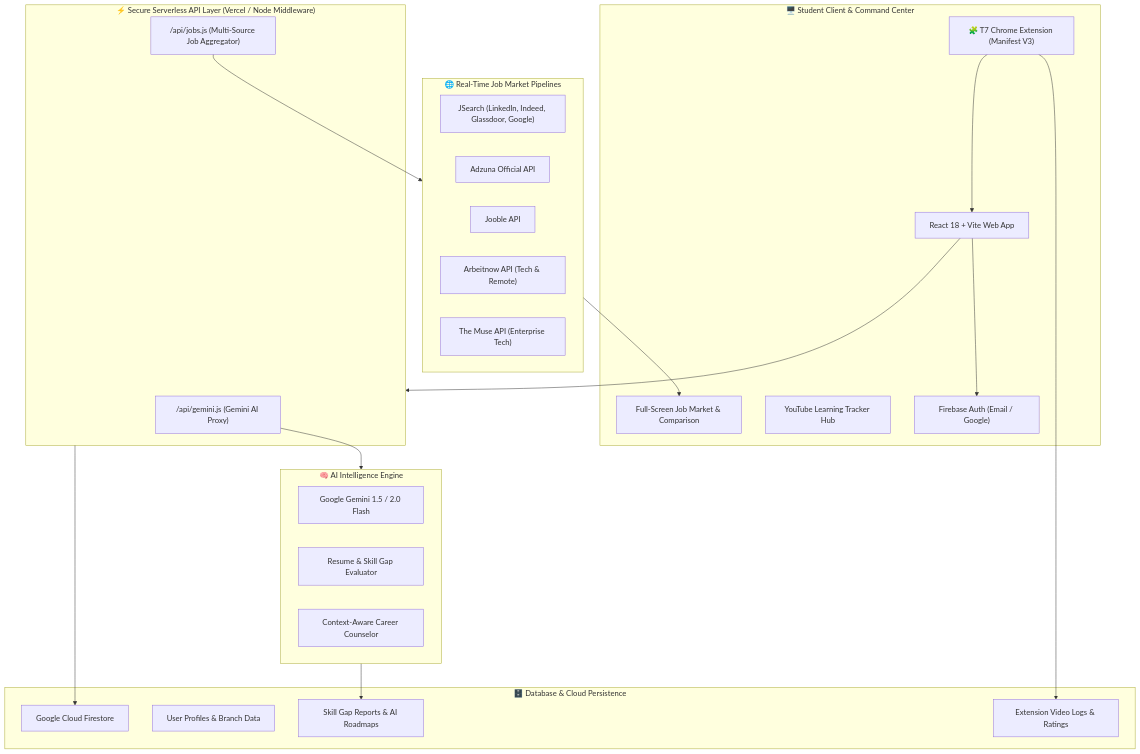
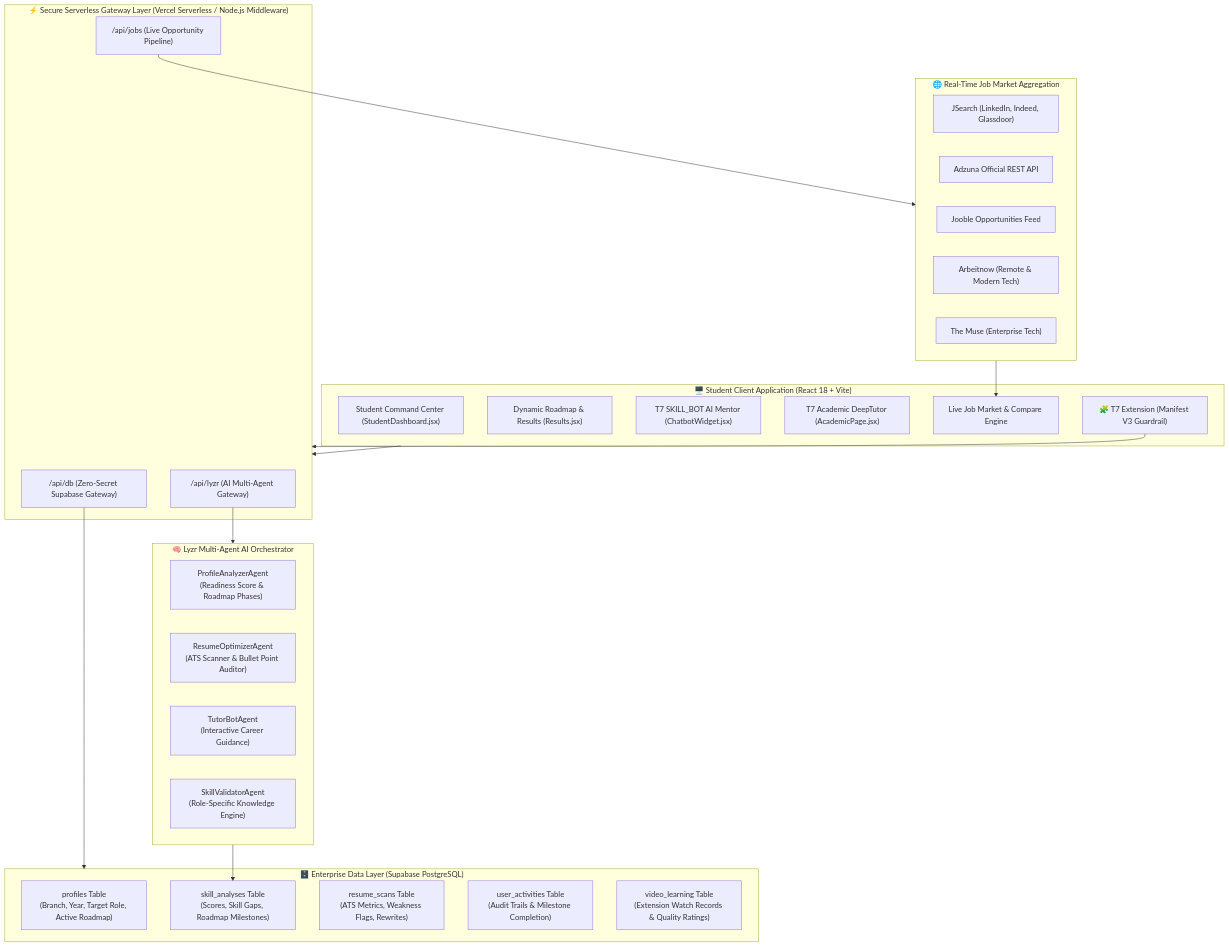
One commit to BLITZz-bot/T7_LearningHub changed the diagram in README.md. Above: the diagram before and after it, drawn with Mermaid. The commit also changed other lines of this file, not shown here.

Commit message:
docs: modernize README.md with enterprise Lyzr multi-agent architecture and 9 core disciplines

````diff
--- a/README.md
+++ b/README.md
@@ -44,48 +48,50 @@
 ```mermaid
 flowchart TB
-    subgraph Client["🖥️ Student Client & Command Center"]
-        UI["React 18 + Vite Web App"]
-        FB_Auth["Firebase Auth (Email / Google)"]
-        TrackerModal["YouTube Learning Tracker Hub"]
-        JobBoard["Full-Screen Job Market & Comparison"]
-        Ext["🧩 T7 Chrome Extension (Manifest V3)"]
+    subgraph Client["🖥️ Student Client Application (React 18 + Vite)"]
+        Dashboard["Student Command Center (StudentDashboard.jsx)"]
+        RoadmapView["Dynamic Roadmap & Results (Results.jsx)"]
+        TutorBot["T7 SKILL_BOT AI Mentor (ChatbotWidget.jsx)"]
+        AcademicTutor["T7 Academic DeepTutor (AcademicPage.jsx)"]
+        JobMarketUI["Live Job Market & Compare Engine"]
+        ChromeExt["🧩 T7 Extension (Manifest V3 Guardrail)"]
     end
 
-    subgraph Serverless["⚡ Secure Serverless API Layer (Vercel / Node Middleware)"]
-        ApiGemini["/api/gemini.js (Gemini AI Proxy)"]
-        ApiJobs["/api/jobs.js (Multi-Source Job Aggregator)"]
+    subgraph Gateway["⚡ Secure Serverless Gateway Layer (Vercel Serverless / Node.js Middleware)"]
+        LyzrProxy["/api/lyzr (AI Multi-Agent Gateway)"]
+        DbProxy["/api/db (Zero-Secret Supabase Gateway)"]
+        JobProxy["/api/jobs (Live Opportunity Pipeline)"]
     end
 
-    subgraph AI_Engine["🧠 AI Intelligence Engine"]
-        GeminiFlash["Google Gemini 1.5 / 2.0 Flash"]
-        AtsEngine["Resume & Skill Gap Evaluator"]
-        ChatbotCore["Context-Aware Career Counselor"]
+    subgraph AI_Core["🧠 Lyzr Multi-Agent AI Orchestrator"]
+        AgentProfile["ProfileAnalyzerAgent\n(Readiness Score & Roadmap Phases)"]
+        AgentResume["ResumeOptimizerAgent\n(ATS Scanner & Bullet Point Auditor)"]
+        AgentTutor["TutorBotAgent\n(Interactive Career Guidance)"]
+        AgentValidator["SkillValidatorAgent\n(Role-Specific Knowledge Engine)"]
     end
 
-    subgraph Job_Feeds["🌐 Real-Time Job Market Pipelines"]
-        JSearch["JSearch (LinkedIn, Indeed, Glassdoor, Google)"]
-        Adzuna["Adzuna Official API"]
-        Jooble["Jooble API"]
-        Arbeitnow["Arbeitnow API (Tech & Remote)"]
-        TheMuse["The Muse API (Enterprise Tech)"]
+    subgraph Job_Pipelines["🌐 Real-Time Job Market Aggregation"]
+        JSearch["JSearch (LinkedIn, Indeed, Glassdoor)"]
+        Adzuna["Adzuna Official REST API"]
+        Jooble["Jooble Opportunities Feed"]
+        Arbeitnow["Arbeitnow (Remote & Modern Tech)"]
+        TheMuse["The Muse (Enterprise Tech)"]
     end
 
-    subgraph Data_Layer["🗄️ Database & Cloud Persistence"]
-        Firestore["Google Cloud Firestore"]
-        UserProfiles["User Profiles & Branch Data"]
-        Analyses["Skill Gap Reports & AI Roadmaps"]
-        VideoSync["Extension Video Logs & Ratings"]
+    subgraph Persistence["🗄️ Enterprise Data Layer (Supabase PostgreSQL)"]
+        Profiles["profiles Table\n(Branch, Year, Target Role, Active Roadmap)"]
+        Analyses["skill_analyses Table\n(Scores, Skill Gaps, Roadmap Milestones)"]
+        ResumeScans["resume_scans Table\n(ATS Metrics, Weakness Flags, Rewrites)"]
+        Activities["user_activities Table\n(Audit Trails & Milestone Completion)"]
+        VideoSync["video_learning Table\n(Extension Watch Records & Quality Ratings)"]
     end
 
-    UI --> FB_Auth
-    UI --> Serverless
-    Ext --> VideoSync
-    Ext --> UI
-    
-    ApiGemini --> AI_Engine
-    ApiJobs --> Job_Feeds
+    Client --> Gateway
+    ChromeExt --> Gateway
 
-    Serverless --> Firestore
-    AI_Engine --> Analyses
-    Job_Feeds --> JobBoard
+    LyzrProxy --> AI_Core
+    DbProxy --> Persistence
+    JobProxy --> Job_Pipelines
+
+    AI_Core --> Analyses
+    Job_Pipelines --> JobMarketUI
 ```
````
